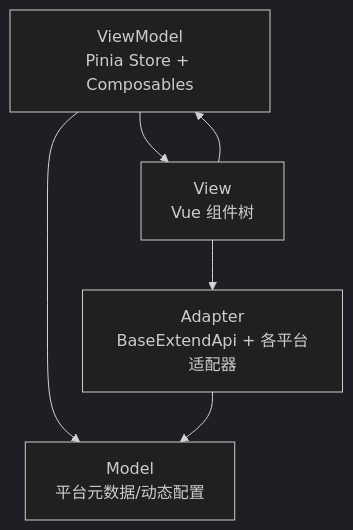
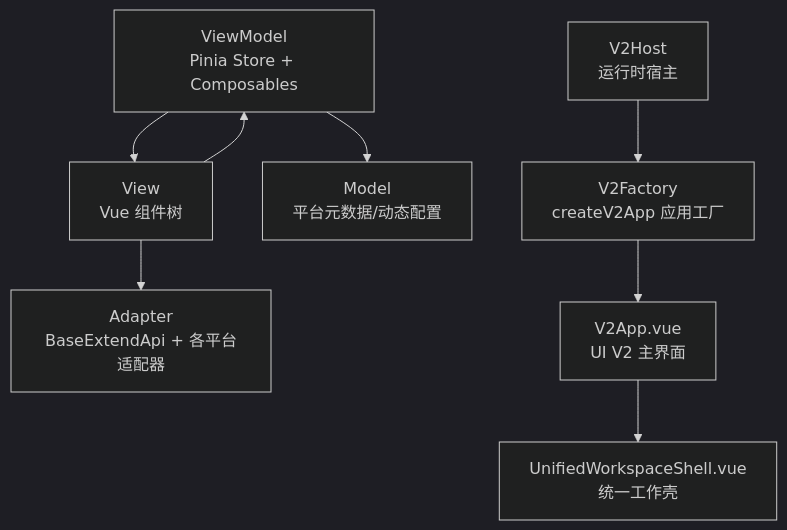
Before and after one commit to terwer/siyuan-plugin-publisher: the second of 11 diagrams in .qoder/repowiki/zh/content/核心架构/核心架构.md, drawn with Mermaid (dark theme). The commit also changed other lines of this file and 12 other files, not shown here.

First line of the commit message:
feat(ui-v2): implement V2 UI foundation and unified workspace shell

````diff
--- a/.qoder/repowiki/zh/content/核心架构/核心架构.md
+++ b/.qoder/repowiki/zh/content/核心架构/核心架构.md
@@ -142,12 +166,17 @@
 ```mermaid
 graph TB
 VM["ViewModel<br/>Pinia Store + Composables"]
 V["View<br/>Vue 组件树"]
 M["Model<br/>平台元数据/动态配置"]
 A["Adapter<br/>BaseExtendApi + 各平台适配器"]
+VF["V2Factory<br/>createV2App 应用工厂"]
+VH["V2Host<br/>运行时宿主"]
+V2["V2App.vue<br/>UI V2 主界面"]
+UWS["UnifiedWorkspaceShell.vue<br/>统一工作壳"]
 VM --> V
 V --> VM
 VM --> M
 V --> A
-A --> M
+VF --> V2 --> UWS
+VH --> VF
 ```
````
